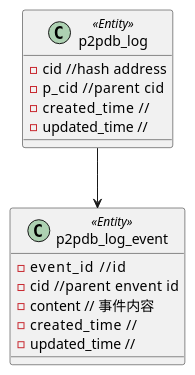
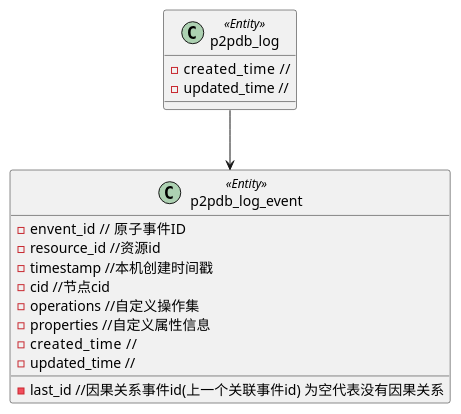
The diagram in doc/entity/db.puml (Rock-Lee-520/p2pdb-log), drawn with PlantUML before and after one commit. The commit also changed other lines of this file and 41 other files, not shown here.

```diff
--- a/doc/entity/db.puml
+++ b/doc/entity/db.puml
@@ -1,18 +1,20 @@
 @startuml
 class p2pdb_log <<Entity>> {
-    - cid  //hash address
-    - p_cid   //parent cid
     - created_time   //
     - updated_time //
 }
 
 class p2pdb_log_event <<Entity>> {
-    - event_id     //id
-    - cid   //parent envent id 
-    - content // 事件内容
+    - envent_id  // 原子事件ID
+    - resource_id //资源id
+    - timestamp //本机创建时间戳
+    - cid //节点cid
+    - last_id //因果关系事件id(上一个关联事件id) 为空代表没有因果关系
+    - operations //自定义操作集
+    - properties //自定义属性信息
     - created_time   //
     - updated_time //
 }
 
 p2pdb_log --> p2pdb_log_event
 @enduml
```
